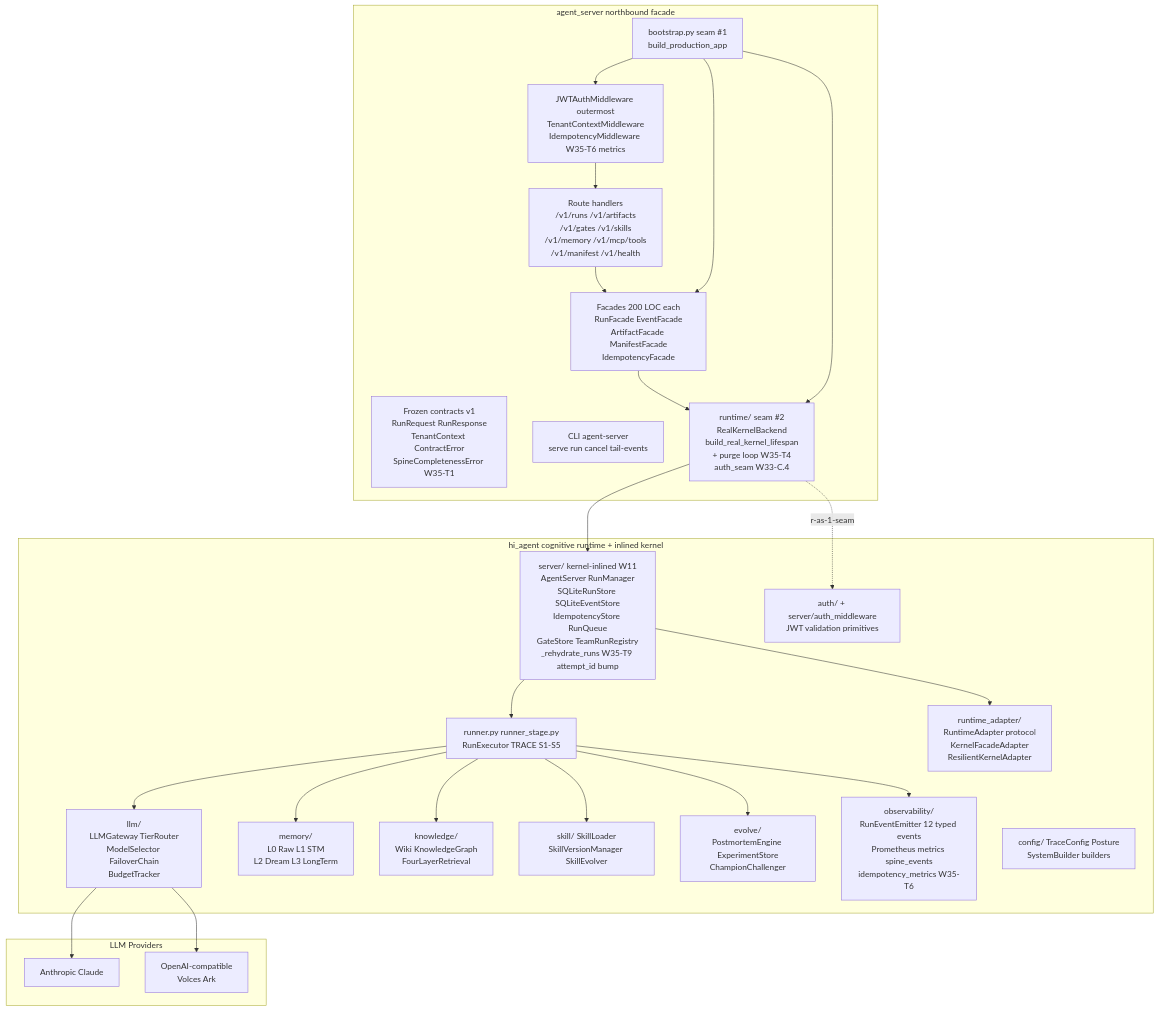
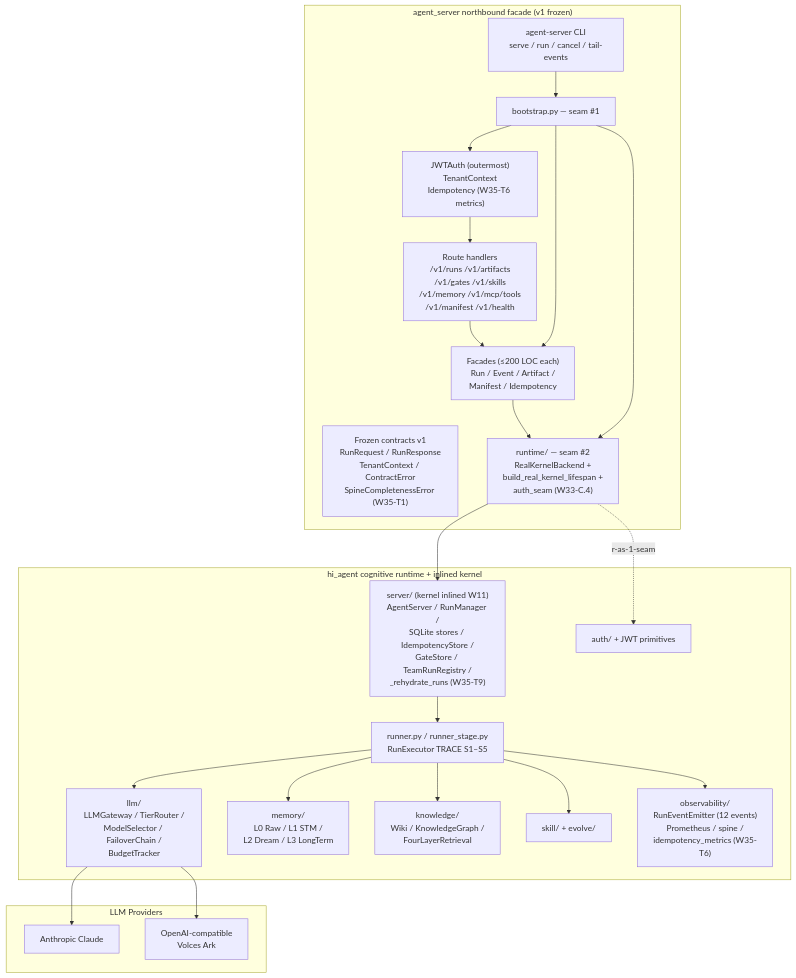
One commit to chaosxingxc-orion/hi-agent changed the second of 4 diagrams in ARCHITECTURE.md. Above: the diagram before and after it, drawn with Mermaid. The commit also changed other lines of this file and 25 other files, not shown here.

First line of the commit message:
[W35-corrective] Refresh ARCHITECTURE.md hierarchy + add missing READMEs

````diff
--- a/ARCHITECTURE.md
+++ b/ARCHITECTURE.md
@@ -100,50 +141,46 @@
 ```mermaid
 flowchart TB
-    subgraph agent_server[agent_server northbound facade]
-        MW[JWTAuthMiddleware outermost<br/>TenantContextMiddleware<br/>IdempotencyMiddleware W35-T6 metrics]
-        RT[Route handlers<br/>/v1/runs /v1/artifacts<br/>/v1/gates /v1/skills<br/>/v1/memory /v1/mcp/tools<br/>/v1/manifest /v1/health]
-        FA[Facades 200 LOC each<br/>RunFacade EventFacade<br/>ArtifactFacade ManifestFacade<br/>IdempotencyFacade]
-        CO[Frozen contracts v1<br/>RunRequest RunResponse<br/>TenantContext ContractError<br/>SpineCompletenessError W35-T1]
-        CLI2[CLI agent-server<br/>serve run cancel tail-events]
-        BS[bootstrap.py seam #1<br/>build_production_app]
-        RTM[runtime/ seam #2<br/>RealKernelBackend<br/>build_real_kernel_lifespan<br/>+ purge loop W35-T4<br/>auth_seam W33-C.4]
+    subgraph agent_server["agent_server northbound facade (v1 frozen)"]
+        MW["JWTAuth (outermost)<br/>TenantContext<br/>Idempotency (W35-T6 metrics)"]
+        RT["Route handlers<br/>/v1/runs /v1/artifacts<br/>/v1/gates /v1/skills<br/>/v1/memory /v1/mcp/tools<br/>/v1/manifest /v1/health"]
+        FA["Facades (≤200 LOC each)<br/>Run / Event / Artifact /<br/>Manifest / Idempotency"]
+        CO["Frozen contracts v1<br/>RunRequest / RunResponse<br/>TenantContext / ContractError<br/>SpineCompletenessError (W35-T1)"]
+        BS["bootstrap.py — seam #1"]
+        RTM["runtime/ — seam #2<br/>RealKernelBackend +<br/>build_real_kernel_lifespan +<br/>auth_seam (W33-C.4)"]
+        CLI2["agent-server CLI<br/>serve / run / cancel / tail-events"]
     end
 
-    subgraph hi_agent[hi_agent cognitive runtime + inlined kernel]
-        RUN[runner.py runner_stage.py<br/>RunExecutor TRACE S1-S5]
-        LLM2[llm/<br/>LLMGateway TierRouter<br/>ModelSelector FailoverChain<br/>BudgetTracker]
-        MEM[memory/<br/>L0 Raw L1 STM<br/>L2 Dream L3 LongTerm]
-        KNW[knowledge/<br/>Wiki KnowledgeGraph<br/>FourLayerRetrieval]
-        SKL[skill/ SkillLoader<br/>SkillVersionManager SkillEvolver]
-        EVO[evolve/<br/>PostmortemEngine ExperimentStore<br/>ChampionChallenger]
-        OBS[observability/<br/>RunEventEmitter 12 typed events<br/>Prometheus metrics spine_events<br/>idempotency_metrics W35-T6]
-        CFG[config/ TraceConfig Posture<br/>SystemBuilder builders]
-        SRV[server/ kernel-inlined W11<br/>AgentServer RunManager<br/>SQLiteRunStore SQLiteEventStore<br/>IdempotencyStore RunQueue<br/>GateStore TeamRunRegistry<br/>_rehydrate_runs W35-T9 attempt_id bump]
-        AUTH[auth/ + server/auth_middleware<br/>JWT validation primitives]
-        RTA[runtime_adapter/<br/>RuntimeAdapter protocol<br/>KernelFacadeAdapter<br/>ResilientKernelAdapter]
+    subgraph hi_agent["hi_agent cognitive runtime + inlined kernel"]
+        RUN["runner.py / runner_stage.py<br/>RunExecutor TRACE S1–S5"]
+        LLM2["llm/<br/>LLMGateway / TierRouter /<br/>ModelSelector / FailoverChain /<br/>BudgetTracker"]
+        MEM["memory/<br/>L0 Raw / L1 STM /<br/>L2 Dream / L3 LongTerm"]
+        KNW["knowledge/<br/>Wiki / KnowledgeGraph /<br/>FourLayerRetrieval"]
+        SKL["skill/ + evolve/"]
+        OBS["observability/<br/>RunEventEmitter (12 events)<br/>Prometheus / spine /<br/>idempotency_metrics (W35-T6)"]
+        SRV["server/ (kernel inlined W11)<br/>AgentServer / RunManager /<br/>SQLite stores / IdempotencyStore /<br/>GateStore / TeamRunRegistry /<br/>_rehydrate_runs (W35-T9)"]
+        AUTH["auth/ + JWT primitives"]
     end
 
-    subgraph providers[LLM Providers]
-        ANT[Anthropic Claude]
-        OAI[OpenAI-compatible<br/>Volces Ark]
+    subgraph providers["LLM Providers"]
+        ANT["Anthropic Claude"]
+        OAI["OpenAI-compatible<br/>Volces Ark"]
     end
 
     MW --> RT
     RT --> FA
     FA --> RTM
     BS --> MW
     BS --> FA
     BS --> RTM
     RTM --> SRV
     SRV --> RUN
     RUN --> LLM2
     RUN --> MEM
     RUN --> KNW
     RUN --> SKL
-    RUN --> EVO
     RUN --> OBS
     RTM -. r-as-1-seam .-> AUTH
-    SRV --> RTA
     LLM2 --> ANT
     LLM2 --> OAI
+    CLI2 --> BS
 ```
````
